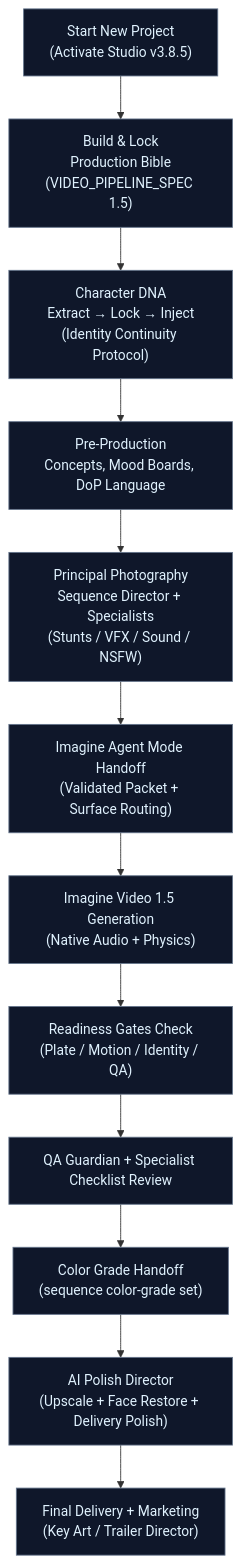
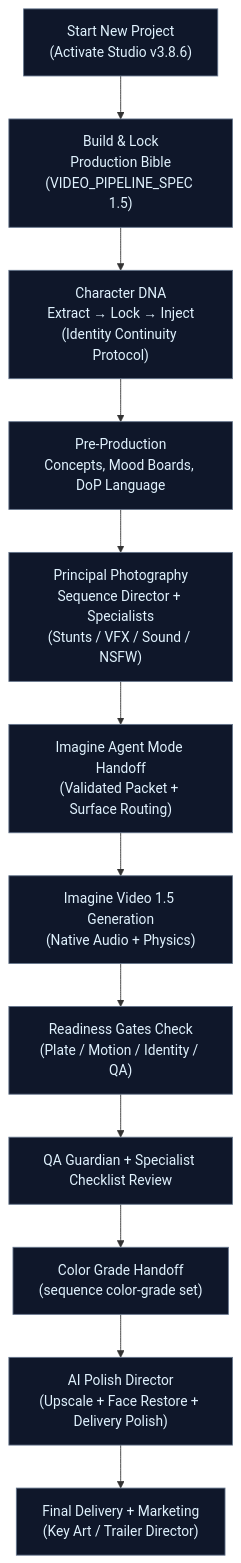
One commit to FineComputer14451/Grok-Imagine-Cinematic-Studio changed the second of 2 diagrams in README.md. Above: the diagram before and after it, drawn with Mermaid. The commit also changed other lines of this file and 83 other files, not shown here.

````diff
--- a/README.md
+++ b/README.md
@@ -138,17 +138,17 @@
 ```mermaid
 flowchart TD
-    Start["Start New Project<br/>(Activate Studio v3.8.5)"] --> Bible["Build & Lock<br/>Production Bible<br/>(VIDEO_PIPELINE_SPEC 1.5)"]
+    Start["Start New Project<br/>(Activate Studio v3.8.6)"] --> Bible["Build & Lock<br/>Production Bible<br/>(VIDEO_PIPELINE_SPEC 1.5)"]
     Bible --> DNA["Character DNA<br/>Extract → Lock → Inject<br/>(Identity Continuity Protocol)"]
     DNA --> PreProd["Pre-Production<br/>Concepts, Mood Boards, DoP Language"]
     PreProd --> Principal["Principal Photography<br/>Sequence Director + Specialists<br/>(Stunts / VFX / Sound / NSFW)"]
     Principal --> Handoff["Imagine Agent Mode Handoff<br/>(Validated Packet + Surface Routing)"]
     Handoff --> Generate["Imagine Video 1.5 Generation<br/>(Native Audio + Physics)"]
     Generate --> Gates["Readiness Gates Check<br/>(Plate / Motion / Identity / QA)"]
     Gates --> Review["QA Guardian + Specialist Checklist Review"]
     Review --> Color["Color Grade Handoff<br/>(sequence color-grade set)"]
     Color --> Polish["AI Polish Director<br/>(Upscale + Face Restore + Delivery Polish)"]
     Polish --> Deliver["Final Delivery + Marketing<br/>(Key Art / Trailer Director)"]
 
     classDef step fill:#0f172a,stroke:#64748b,color:#e0f2fe
     class Start,Bible,DNA,PreProd,Principal,Handoff,Generate,Gates,Review,Color,Polish,Deliver step
 ```
````
